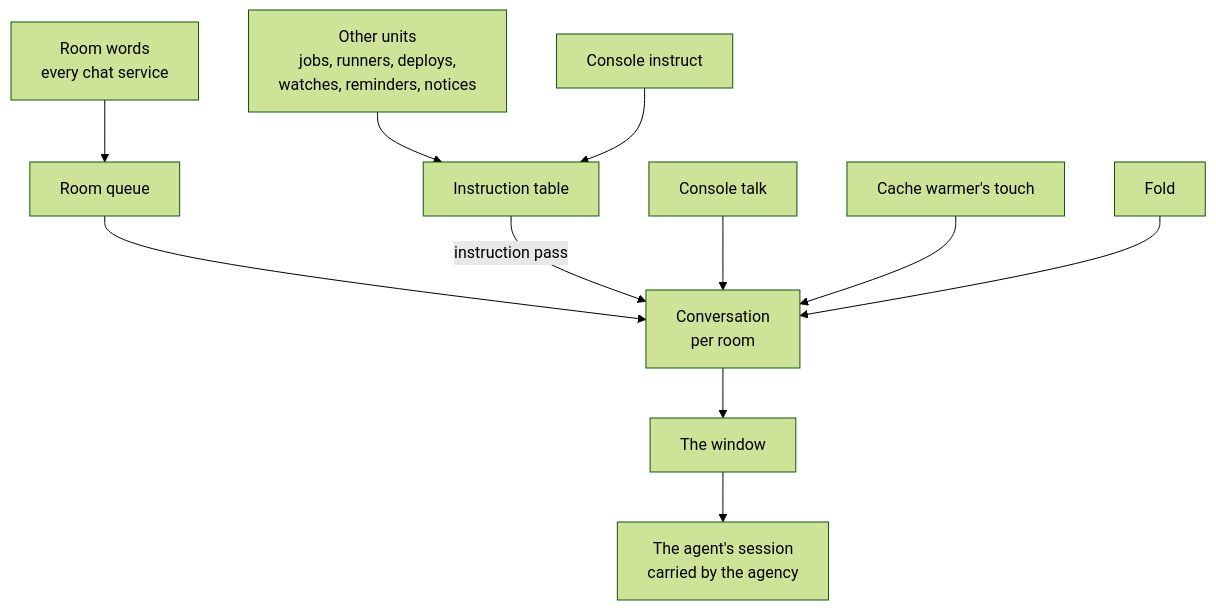
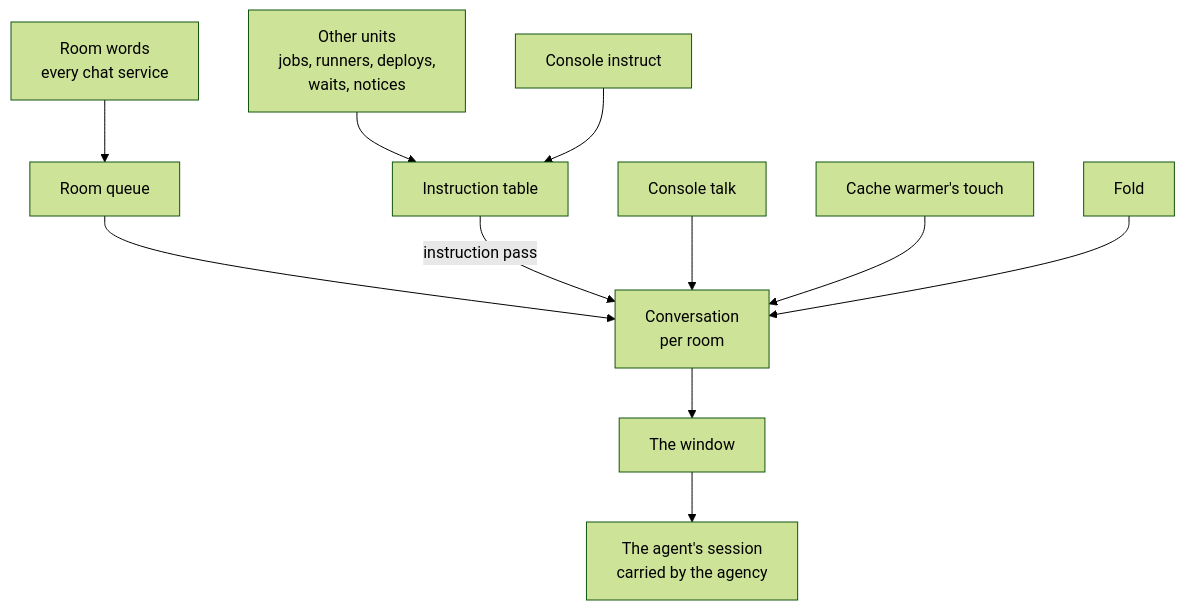
Before and after one commit to ahas/bmo-receiver: the first of 2 diagrams in docs/bmo-window.md, drawn with Mermaid (forest theme). The commit also changed other lines of this file and 53 other files, not shown here.

````diff
--- a/docs/bmo-window.md
+++ b/docs/bmo-window.md
@@ -9,13 +9,13 @@
 ```mermaid
 flowchart TB
   R[Room words<br/>every chat service] --> Q1[Room queue]
-  P[Other units<br/>jobs, runners, deploys,<br/>watches, reminders, notices] --> Q2[Instruction table]
+  P[Other units<br/>jobs, runners, deploys,<br/>waits, notices] --> Q2[Instruction table]
   C[Console instruct] --> Q2
   Q1 --> M[Conversation<br/>per room]
   Q2 -->|instruction pass| M
   T[Console talk] --> M
   K[Cache warmer's touch] --> M
   F[Fold] --> M
   M --> W[The window]
   W --> S[The agent's session<br/>carried by the agency]
 ```
````
